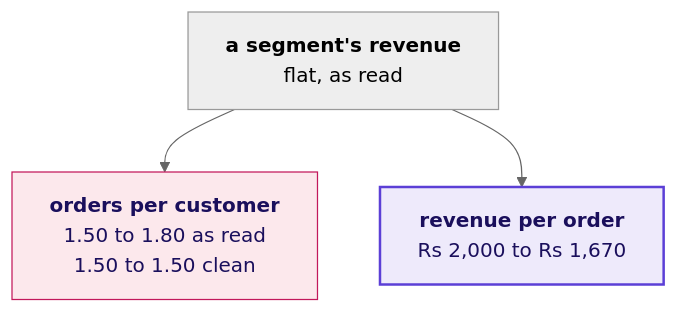
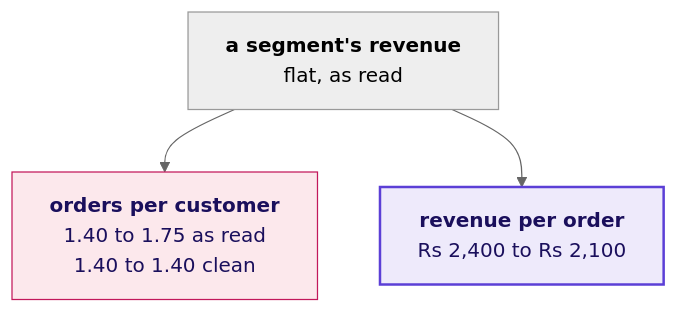
The second of 5 diagrams in content/W01/D5/slides/C2_W01_D05_debrief_STUDENT.md (fde-academy-lab/c2-content-factory), drawn with Mermaid (neutral theme) before and after one commit. The commit also changed other lines of this file and 9 other files, not shown here.

````diff
--- a/content/W01/D5/slides/C2_W01_D05_debrief_STUDENT.md
+++ b/content/W01/D5/slides/C2_W01_D05_debrief_STUDENT.md
@@ -107,9 +107,9 @@
 ```mermaid
 flowchart TB
-    R["<b>a segment's revenue</b><br/>flat, as read"] --> F["<b>orders per customer</b><br/>1.50 to 1.80 as read<br/>1.50 to 1.50 clean"]
-    R --> B["<b>revenue per order</b><br/>Rs 2,000 to Rs 1,670"]
+    R["<b>a segment's revenue</b><br/>flat, as read"] --> F["<b>orders per customer</b><br/>1.40 to 1.75 as read<br/>1.40 to 1.40 clean"]
+    R --> B["<b>revenue per order</b><br/>Rs 2,400 to Rs 2,100"]
     classDef bad fill:#FCE8EC,stroke:#C2185B,color:#1A0F5C
     classDef known fill:#EEEAFB,stroke:#5B3FD6,color:#1A0F5C,stroke-width:2px
     class F bad
     class B known
 ```
````
